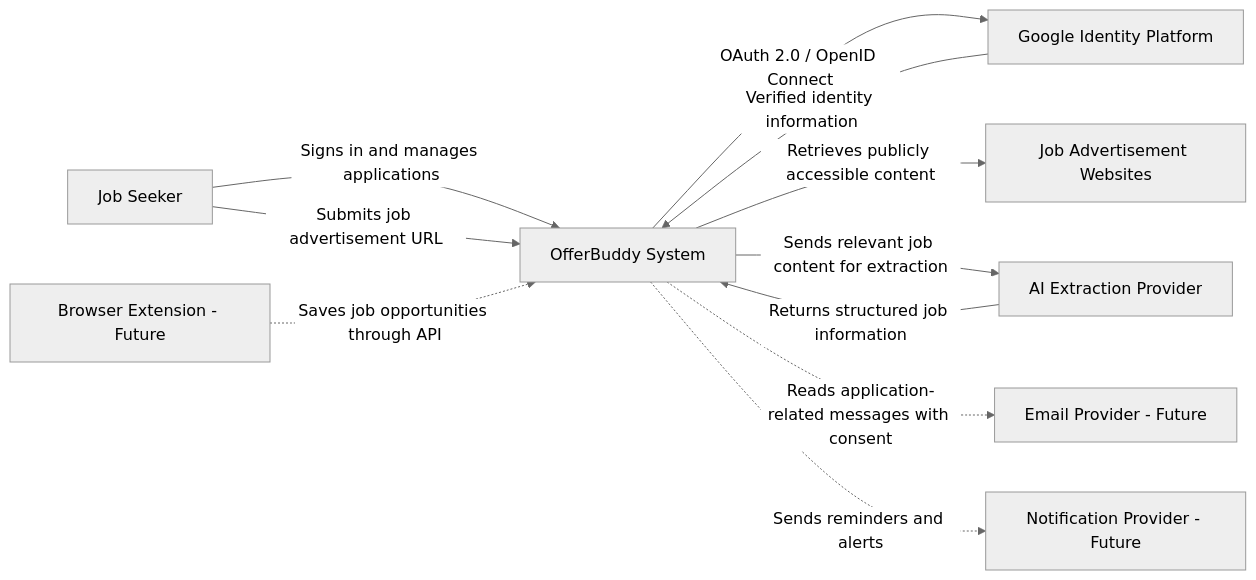
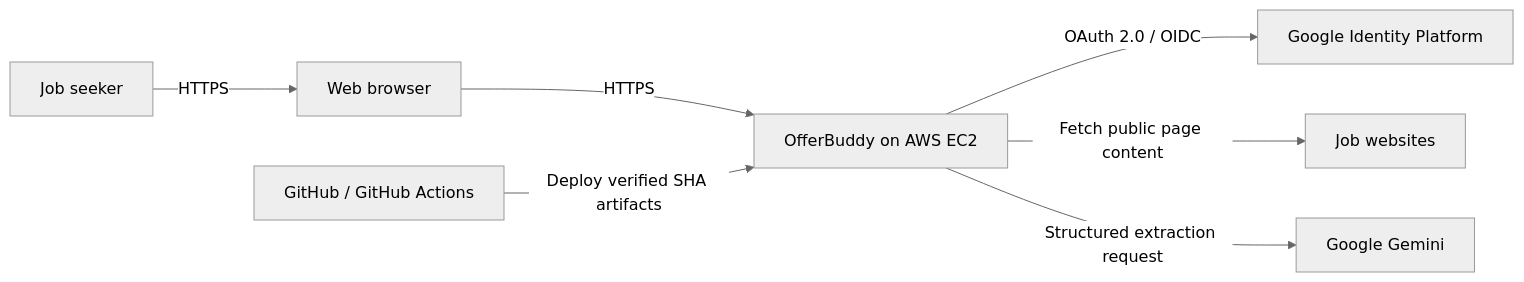
The diagram in architecture/system-context.md (peter383666/offerbuddy-engineering), drawn with Mermaid (neutral theme) before and after one commit. The commit also changed other lines of this file and 42 other files, not shown here.

````diff
--- a/architecture/system-context.md
+++ b/architecture/system-context.md
@@ -257,32 +59,9 @@
 ```mermaid
 flowchart LR
-    User[Job Seeker]
-
-    OfferBuddy[OfferBuddy System]
-
-    Google[Google Identity Platform]
-
-    JobSites[Job Advertisement Websites]
-
-    AI[AI Extraction Provider]
-
-    Email[Email Provider - Future]
-
-    Extension[Browser Extension - Future]
-
-    Notifications[Notification Provider - Future]
-
-    User -->|Signs in and manages applications| OfferBuddy
-
-    OfferBuddy -->|OAuth 2.0 / OpenID Connect| Google
-    Google -->|Verified identity information| OfferBuddy
-
-    User -->|Submits job advertisement URL| OfferBuddy
-    OfferBuddy -->|Retrieves publicly accessible content| JobSites
-
-    OfferBuddy -->|Sends relevant job content for extraction| AI
-    AI -->|Returns structured job information| OfferBuddy
-    OfferBuddy -.->|Reads application-related messages with consent| Email
-    Extension -.->|Saves job opportunities through API| OfferBuddy
-    OfferBuddy -.->|Sends reminders and alerts| Notifications
+    User["Job seeker"] -->|HTTPS| Browser["Web browser"]
+    Browser -->|HTTPS| OfferBuddy["OfferBuddy on AWS EC2"]
+    OfferBuddy -->|OAuth 2.0 / OIDC| Google["Google Identity Platform"]
+    OfferBuddy -->|Fetch public page content| JobSites["Job websites"]
+    OfferBuddy -->|Structured extraction request| Gemini["Google Gemini"]
+    GitHub["GitHub / GitHub Actions"] -->|Deploy verified SHA artifacts| OfferBuddy
 ```
````
